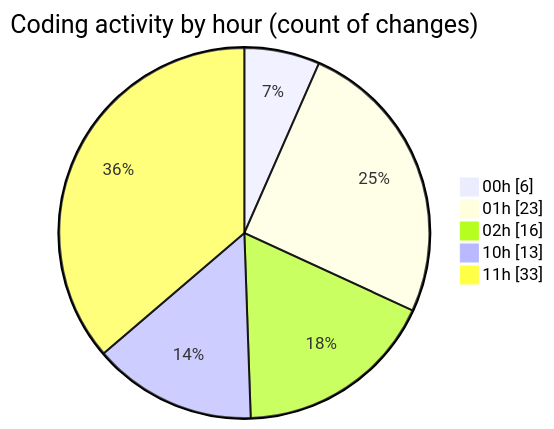
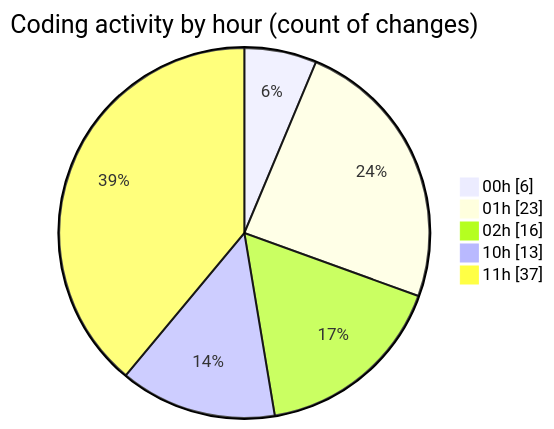
One commit to julien-gomy/code-tracking changed the second of 2 diagrams in 2025-11-08/eventscop-frontend-guide__workspace_/README.md. Above: the diagram before and after it, drawn with Mermaid. The commit also changed other lines of this file and 1 other file, not shown here.

````diff
--- a/2025-11-08/eventscop-frontend-guide__workspace_/README.md
+++ b/2025-11-08/eventscop-frontend-guide__workspace_/README.md
@@ -52,9 +52,9 @@
 ```mermaid
 pie showData
 title Coding activity by hour (count of changes)
 "00h" : 6
 "01h" : 23
 "02h" : 16
 "10h" : 13
-"11h" : 33
+"11h" : 37
 ```
````
